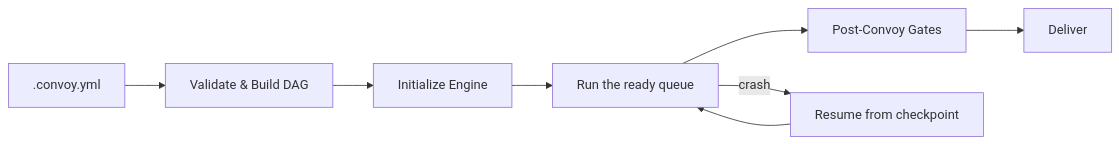
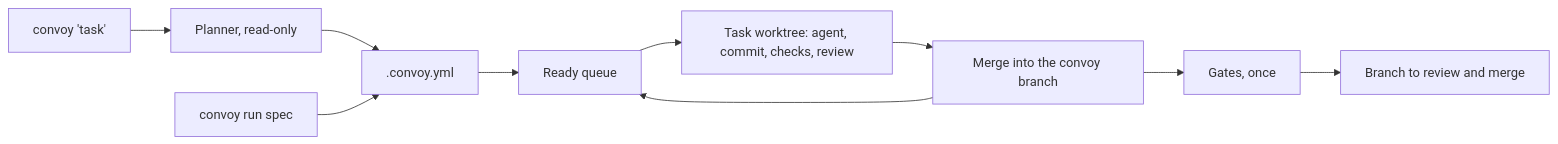
The second of 2 diagrams in ARCHITECTURE.md (monkilabs/opencastle), drawn with Mermaid before and after one commit. The commit also changed other lines of this file and 1 other file, not shown here.

First line of the commit message:
docs(convoy): describe the engine as it is built

````diff
--- a/ARCHITECTURE.md
+++ b/ARCHITECTURE.md
@@ -278,11 +280,12 @@
 ```mermaid
 graph LR
-    S[".convoy.yml"] --> V["Validate & Build DAG"]
-    V --> I["Initialize Engine"]
-    I --> E["Run the ready queue"]
-    E --> G["Post-Convoy Gates"]
-    G --> D["Deliver"]
-
-    E -->|crash| R["Resume from checkpoint"]
-    R --> E
+    T["convoy 'task'"] --> P["Planner, read-only"]
+    P --> S[".convoy.yml"]
+    R["convoy run spec"] --> S
+    S --> Q["Ready queue"]
+    Q --> W["Task worktree: agent, commit, checks, review"]
+    W --> M["Merge into the convoy branch"]
+    M --> Q
+    M --> G["Gates, once"]
+    G --> B["Branch to review and merge"]
 ```
````
